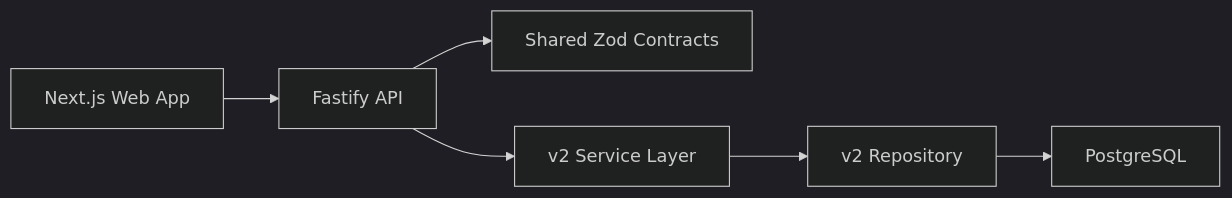
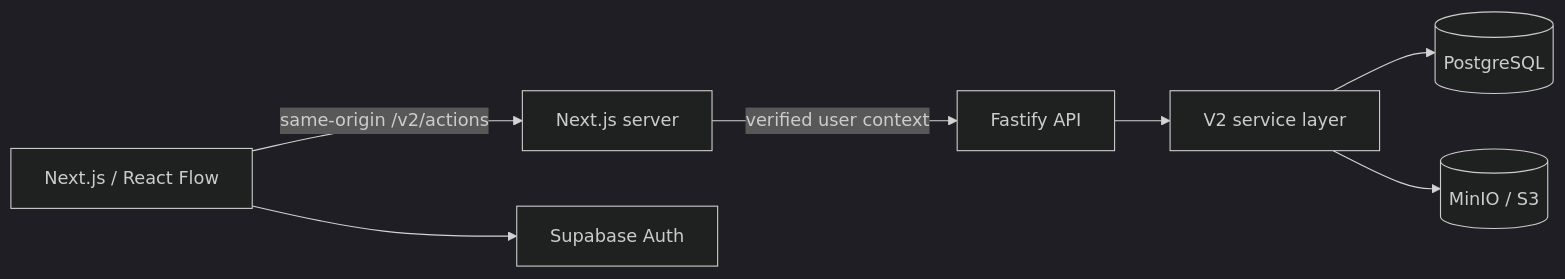
The diagram in README.md (Ckobah/yadraw), drawn with Mermaid (dark theme) before and after one commit. The commit also changed other lines of this file and 1 other file, not shown here.

````diff
--- a/README.md
+++ b/README.md
@@ -78,8 +105,9 @@
 ```mermaid
 flowchart LR
-  Web["Next.js Web App"] --> API["Fastify API"]
-  API --> Contracts["Shared Zod Contracts"]
-  API --> Service["v2 Service Layer"]
-  Service --> Repository["v2 Repository"]
-  Repository --> Postgres["PostgreSQL"]
+  Browser["Next.js / React Flow"] -->|same-origin /v2/actions| Web["Next.js server"]
+  Web -->|verified user context| API["Fastify API"]
+  API --> Service["V2 service layer"]
+  Service --> DB[(PostgreSQL)]
+  Service --> Files[(MinIO / S3)]
+  Browser --> Auth["Supabase Auth"]
 ```
````
